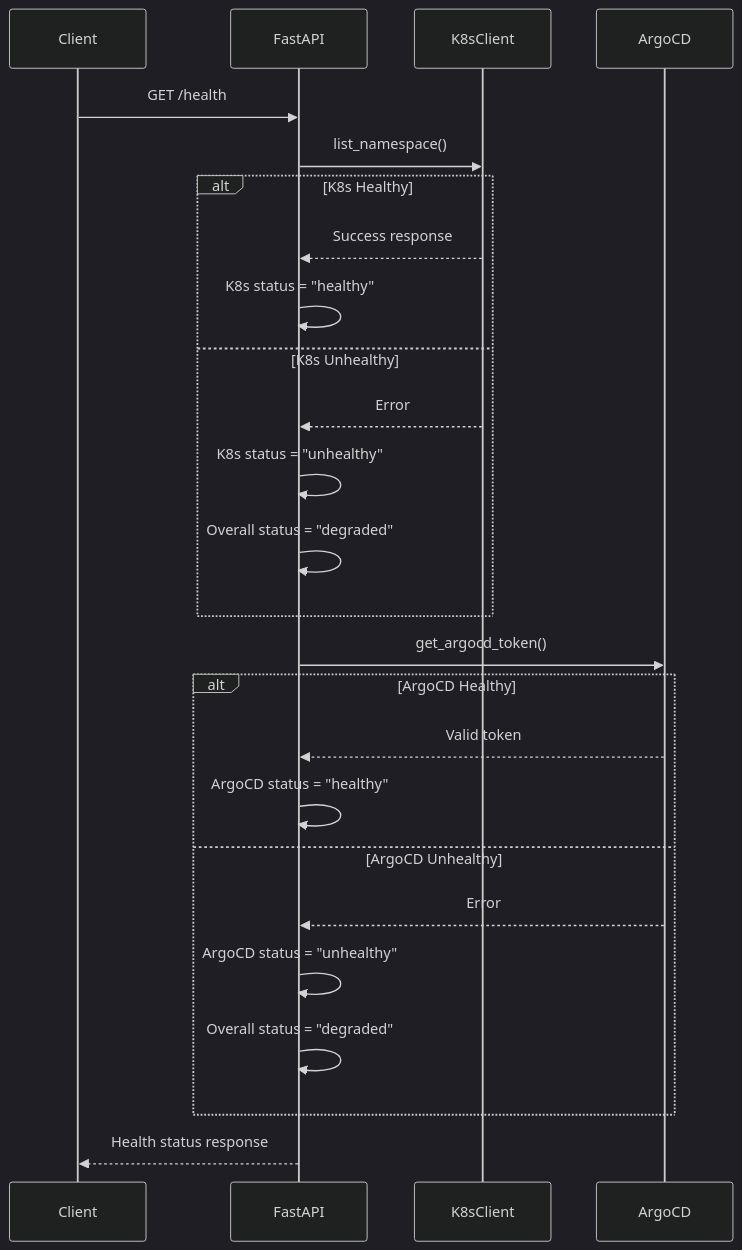
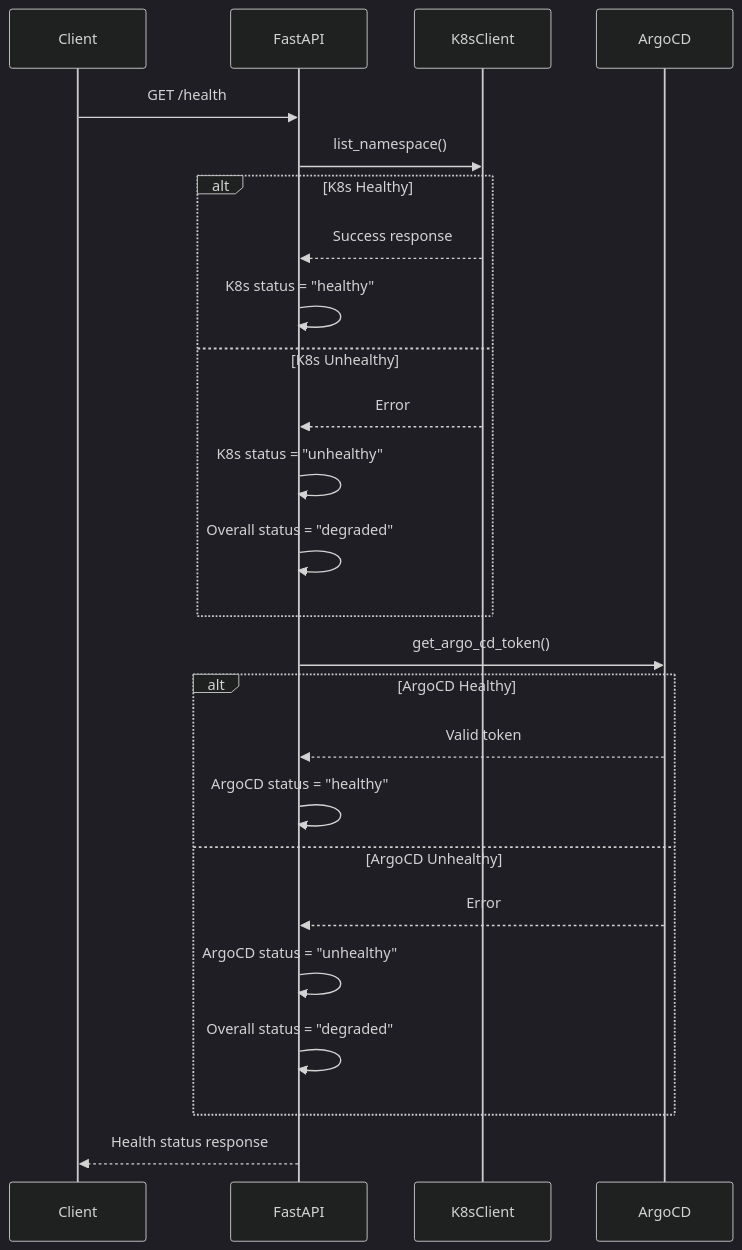
One commit to lloydchang/tvp-k8s changed the diagram in fastapi/mermaid/health-check-sequence.mermaid. Above: the diagram before and after it, drawn with Mermaid (dark theme). The commit also changed 9 other files, not shown here.

```diff
--- a/fastapi/mermaid/health-check-sequence.mermaid
+++ b/fastapi/mermaid/health-check-sequence.mermaid
@@ -1,29 +1,29 @@
 sequenceDiagram
     participant Client
     participant FastAPI
     participant K8sClient
     participant ArgoCD
     
     Client->>FastAPI: GET /health
     
     FastAPI->>K8sClient: list_namespace()
     alt K8s Healthy
         K8sClient-->>FastAPI: Success response
         FastAPI->>FastAPI: K8s status = "healthy"
     else K8s Unhealthy
         K8sClient-->>FastAPI: Error
         FastAPI->>FastAPI: K8s status = "unhealthy"
         FastAPI->>FastAPI: Overall status = "degraded"
     end
     
-    FastAPI->>ArgoCD: get_argocd_token()
+    FastAPI->>ArgoCD: get_argo_cd_token()
     alt ArgoCD Healthy
         ArgoCD-->>FastAPI: Valid token
         FastAPI->>FastAPI: ArgoCD status = "healthy"
     else ArgoCD Unhealthy
         ArgoCD-->>FastAPI: Error
         FastAPI->>FastAPI: ArgoCD status = "unhealthy"
         FastAPI->>FastAPI: Overall status = "degraded"
     end
     
     FastAPI-->>Client: Health status response
```
